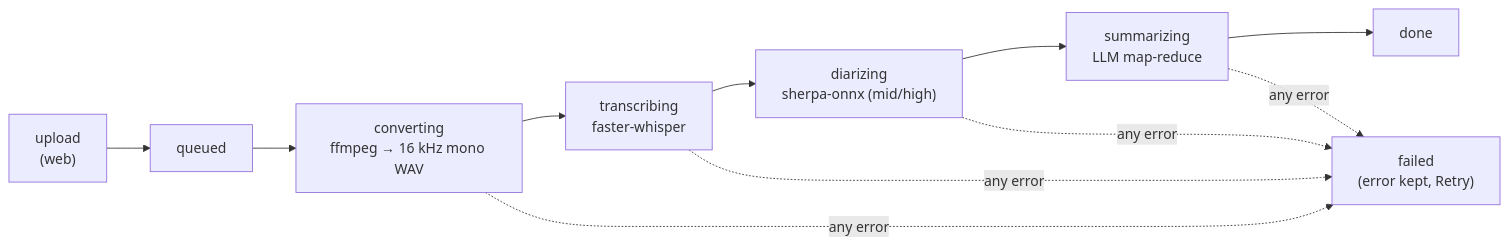
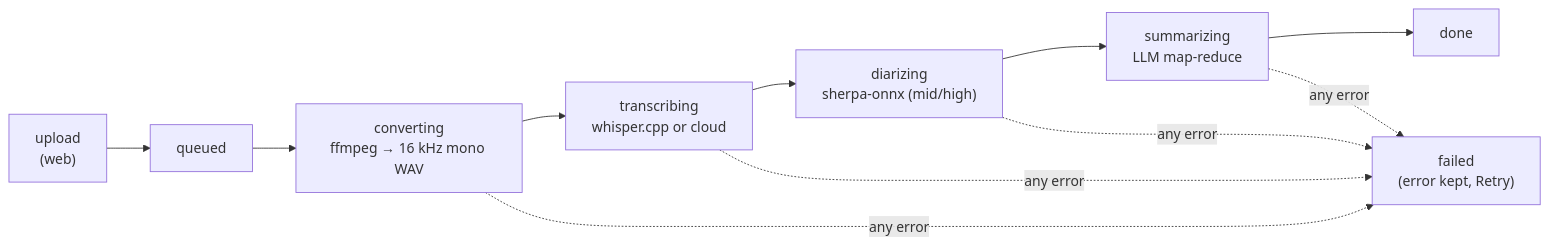
Before and after one commit to kashish1809/PrivMeet: the second of 3 diagrams in docs/ARCHITECTURE.md, drawn with Mermaid. The commit also changed other lines of this file and 6 other files, not shown here.

````diff
--- a/docs/ARCHITECTURE.md
+++ b/docs/ARCHITECTURE.md
@@ -55,10 +48,10 @@
 ```mermaid
 flowchart LR
   U["upload<br/>(web)"] --> Q["queued"]
   Q --> C["converting<br/>ffmpeg → 16 kHz mono WAV"]
-  C --> T["transcribing<br/>faster-whisper"]
+  C --> T["transcribing<br/>whisper.cpp or cloud"]
   T --> D["diarizing<br/>sherpa-onnx (mid/high)"]
   D --> S["summarizing<br/>LLM map-reduce"]
   S --> OK["done"]
   C & T & D & S -.->|any error| F["failed<br/>(error kept, Retry)"]
 ```
````
